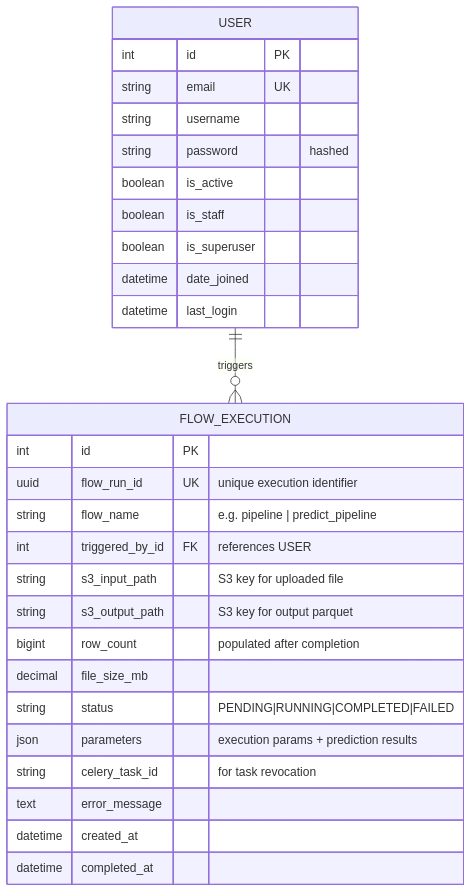
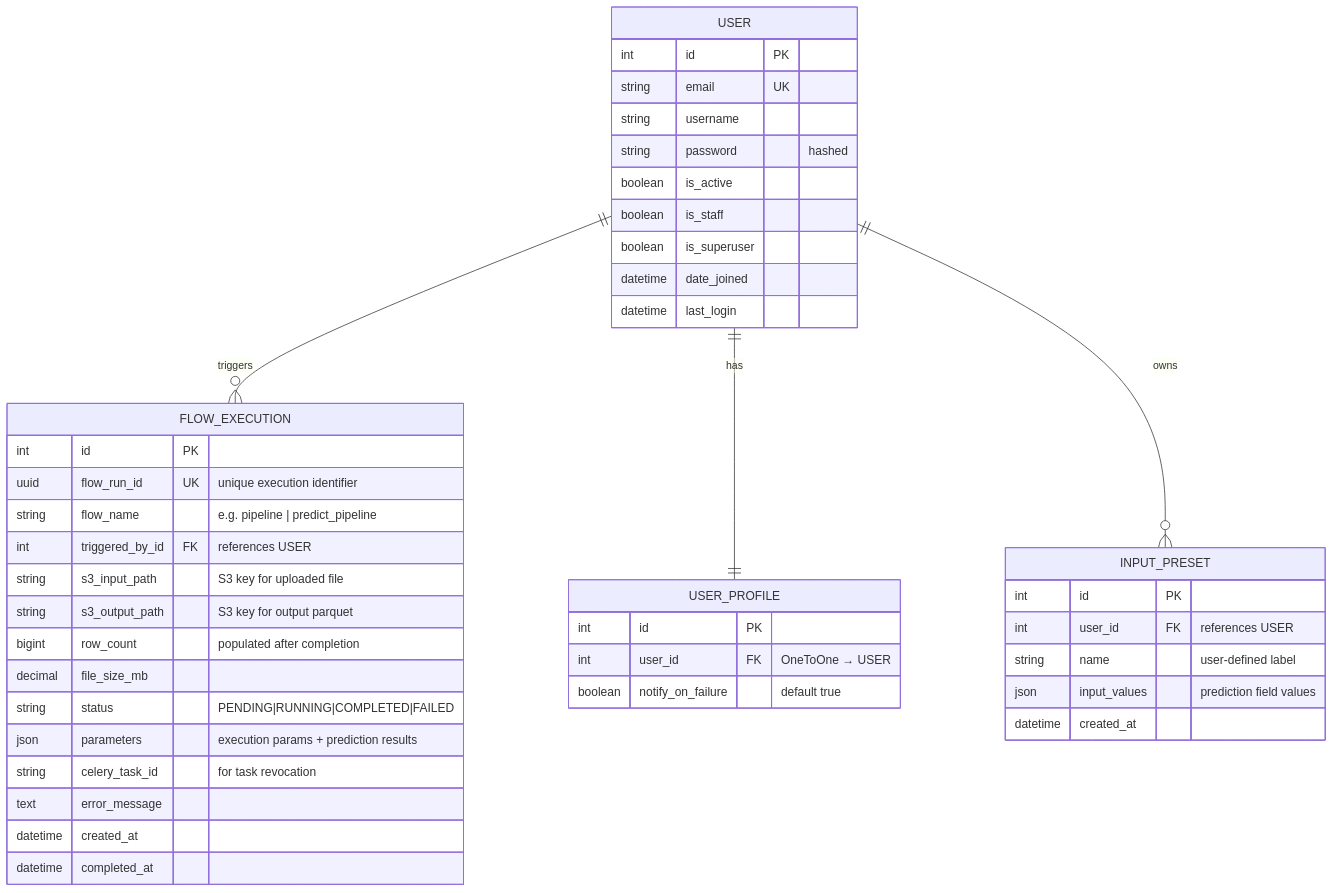
Before and after one commit to cxhandley/django-prefect-template: the diagram in docs/data-model.mmd, drawn with Mermaid. The commit also changed 27 other files, not shown here.

Commit message:
add input presets and failure emails.

```diff
--- a/docs/data-model.mmd
+++ b/docs/data-model.mmd
@@ -1,45 +1,59 @@
 erDiagram
     %% ============================================
     %% IMPLEMENTED — reflects backend/apps/flows/models.py
     %% Django's built-in User model is used for authentication
     %% ============================================
 
     USER {
         int id PK
         string email UK
         string username
         string password "hashed"
         boolean is_active
         boolean is_staff
         boolean is_superuser
         datetime date_joined
         datetime last_login
     }
 
     FLOW_EXECUTION {
         int id PK
         uuid flow_run_id UK "unique execution identifier"
         string flow_name "e.g. pipeline | predict_pipeline"
         int triggered_by_id FK "references USER"
         string s3_input_path "S3 key for uploaded file"
         string s3_output_path "S3 key for output parquet"
         bigint row_count "populated after completion"
         decimal file_size_mb
         string status "PENDING|RUNNING|COMPLETED|FAILED"
         json parameters "execution params + prediction results"
         string celery_task_id "for task revocation"
         text error_message
         datetime created_at
         datetime completed_at
     }
 
+    USER_PROFILE {
+        int id PK
+        int user_id FK "OneToOne → USER"
+        boolean notify_on_failure "default true"
+    }
+
+    INPUT_PRESET {
+        int id PK
+        int user_id FK "references USER"
+        string name "user-defined label"
+        json input_values "prediction field values"
+        datetime created_at
+    }
+
     USER ||--o{ FLOW_EXECUTION : "triggers"
+    USER ||--|| USER_PROFILE : "has"
+    USER ||--o{ INPUT_PRESET : "owns"
 
     %% ============================================
     %% NOT YET IMPLEMENTED — planned for future epics
     %% ============================================
 
-    %% INPUT_PRESET — save & reuse prediction inputs (Epic 5)
     %% EXECUTION_COMPARISON — persist named comparisons (Epic 4)
-    %% NOTIFICATION — in-app and email alerts (Epic 7)
     %% ADMIN_ACTION_LOG — audit trail for admin actions (Epic 5)
```
